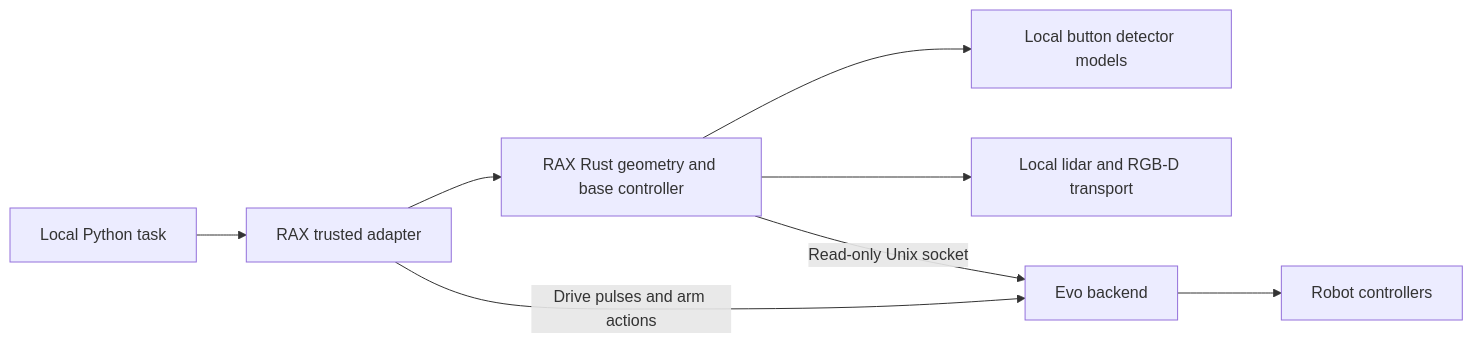
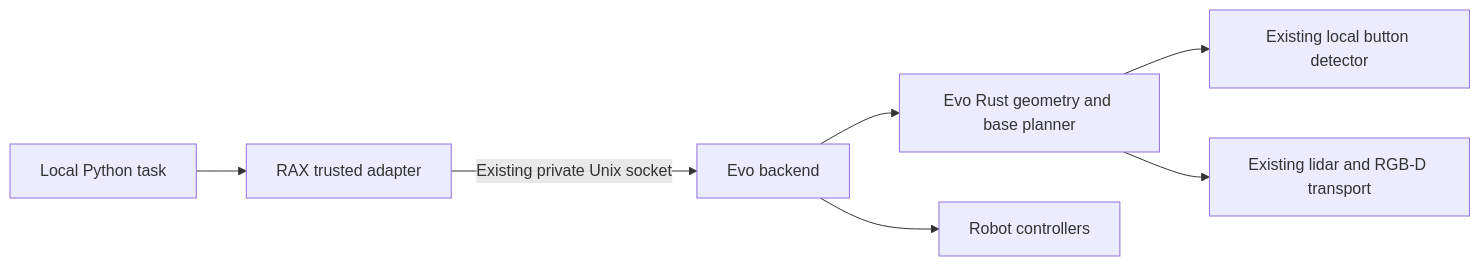
Before and after one commit to Kovari-Industries/rax: the second of 2 diagrams in docs/evo/ELEVATOR_PRIMITIVES.md, drawn with Mermaid. The commit also changed other lines of this file and 26 other files, not shown here.

Commit message:
Replace RAX Rust runtime with Python calls to Evo elevator services

````diff
--- a/docs/evo/ELEVATOR_PRIMITIVES.md
+++ b/docs/evo/ELEVATOR_PRIMITIVES.md
@@ -35,10 +36,9 @@
 ```mermaid
 flowchart LR
     P[Local Python task] --> A[RAX trusted adapter]
-    A --> R[RAX Rust geometry and base controller]
-    R --> D[Local button detector models]
-    R --> S[Local lidar and RGB-D transport]
-    R -->|Read-only Unix socket| E[Evo backend]
-    A -->|Drive pulses and arm actions| E
+    A -->|Existing private Unix socket| E[Evo backend]
+    E --> R[Evo Rust geometry and base planner]
+    R --> D[Existing local button detector]
+    R --> S[Existing lidar and RGB-D transport]
     E --> C[Robot controllers]
 ```
````
